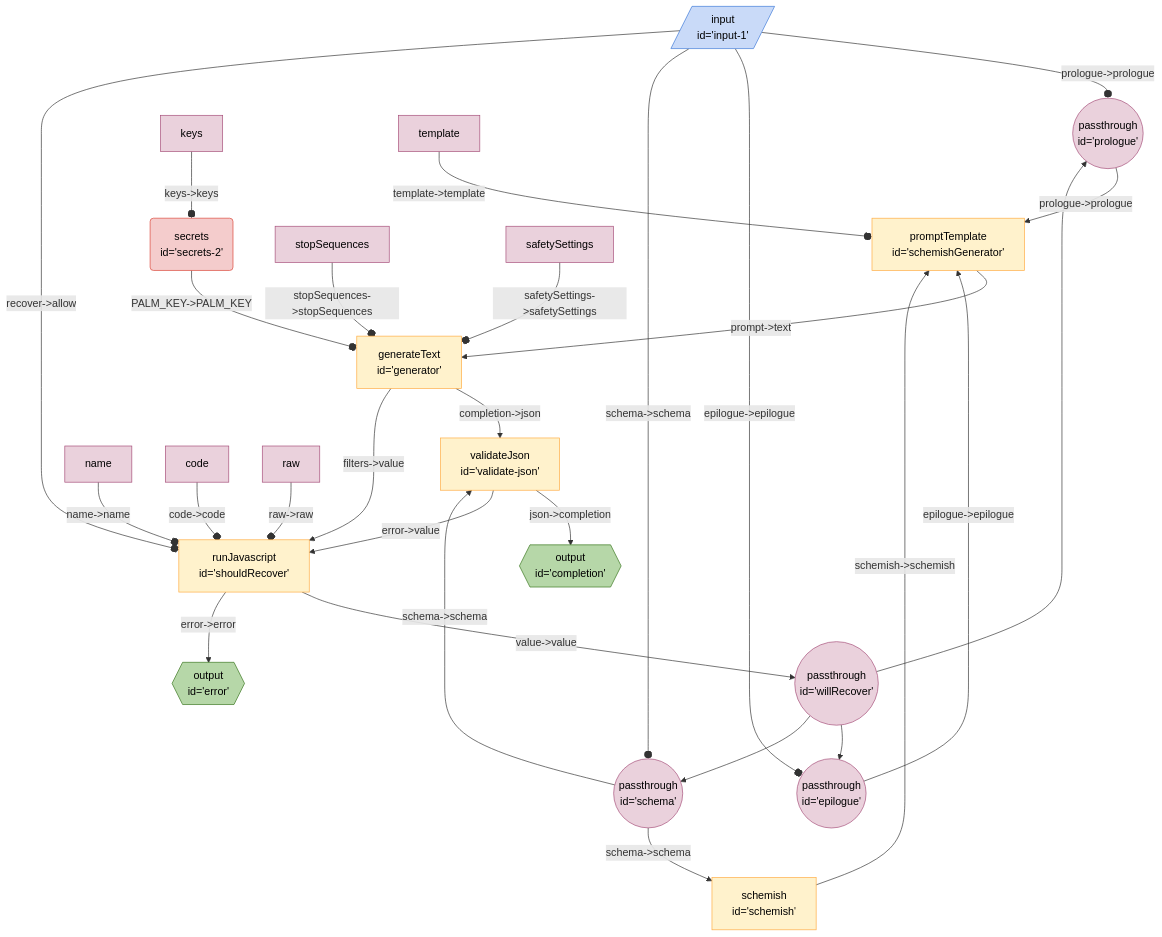
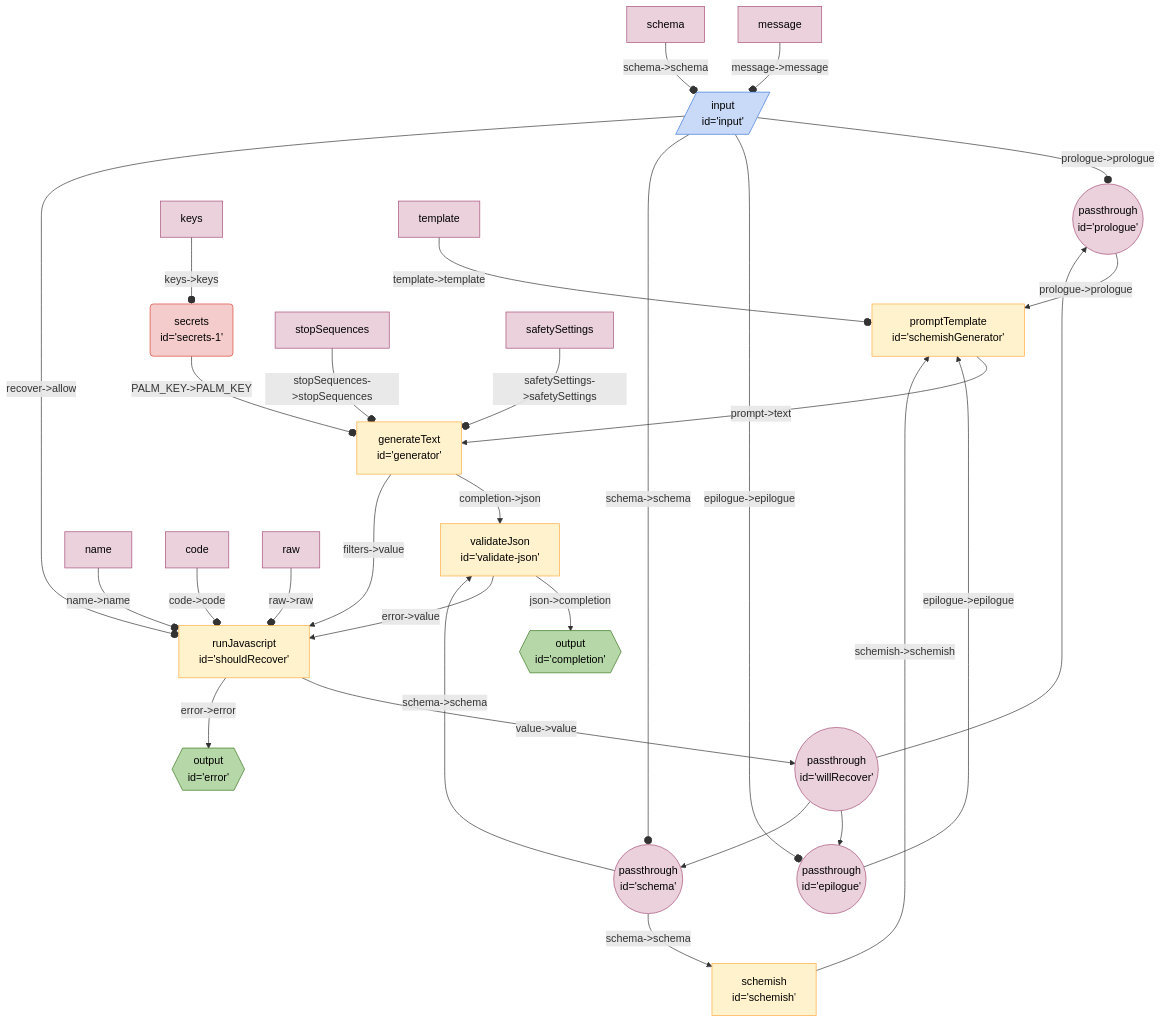
The diagram in seeds/coffee-bot-board/docs/schemish-generator.md (breadboard-ai/breadboard), drawn with Mermaid before and after one commit. The commit also changed 3 other files, not shown here.

````diff
--- a/seeds/coffee-bot-board/docs/schemish-generator.md
+++ b/seeds/coffee-bot-board/docs/schemish-generator.md
@@ -3,39 +3,41 @@
 ```mermaid
 %%{init: 'themeVariables': { 'fontFamily': 'Fira Code, monospace' }}%%
 graph TD;
-input1[/"input <br> id='input-1'"/]:::input -- "prologue->prologue" --o prologue(("passthrough <br> id='prologue'")):::passthrough
-input1[/"input <br> id='input-1'"/]:::input -- "epilogue->epilogue" --o epilogue(("passthrough <br> id='epilogue'")):::passthrough
-input1[/"input <br> id='input-1'"/]:::input -- "schema->schema" --o schema(("passthrough <br> id='schema'")):::passthrough
-input1[/"input <br> id='input-1'"/]:::input -- "recover->allow" --o shouldRecover["runJavascript <br> id='shouldRecover'"]
+input[/"input <br> id='input'"/]:::input -- "prologue->prologue" --o prologue(("passthrough <br> id='prologue'")):::passthrough
+input[/"input <br> id='input'"/]:::input -- "epilogue->epilogue" --o epilogue(("passthrough <br> id='epilogue'")):::passthrough
+input[/"input <br> id='input'"/]:::input -- "schema->schema" --o schema(("passthrough <br> id='schema'")):::passthrough
+input[/"input <br> id='input'"/]:::input -- "recover->allow" --o shouldRecover["runJavascript <br> id='shouldRecover'"]
 shouldRecover["runJavascript <br> id='shouldRecover'"] -- "value->value" --> willRecover(("passthrough <br> id='willRecover'")):::passthrough
 shouldRecover["runJavascript <br> id='shouldRecover'"] -- "error->error" --> error{{"output <br> id='error'"}}:::output
 willRecover(("passthrough <br> id='willRecover'")):::passthrough --> prologue(("passthrough <br> id='prologue'")):::passthrough
 willRecover(("passthrough <br> id='willRecover'")):::passthrough --> epilogue(("passthrough <br> id='epilogue'")):::passthrough
 willRecover(("passthrough <br> id='willRecover'")):::passthrough --> schema(("passthrough <br> id='schema'")):::passthrough
 schema(("passthrough <br> id='schema'")):::passthrough -- "schema->schema" --> schemish["schemish <br> id='schemish'"]
 schema(("passthrough <br> id='schema'")):::passthrough -- "schema->schema" --> validatejson["validateJson <br> id='validate-json'"]
 validatejson["validateJson <br> id='validate-json'"] -- "json->completion" --> completion{{"output <br> id='completion'"}}:::output
 validatejson["validateJson <br> id='validate-json'"] -- "error->value" --> shouldRecover["runJavascript <br> id='shouldRecover'"]
-secrets2("secrets <br> id='secrets-2'"):::secrets -- "PALM_KEY->PALM_KEY" --o generator["generateText <br> id='generator'"]
+secrets1("secrets <br> id='secrets-1'"):::secrets -- "PALM_KEY->PALM_KEY" --o generator["generateText <br> id='generator'"]
 generator["generateText <br> id='generator'"] -- "completion->json" --> validatejson["validateJson <br> id='validate-json'"]
 generator["generateText <br> id='generator'"] -- "filters->value" --> shouldRecover["runJavascript <br> id='shouldRecover'"]
 prologue(("passthrough <br> id='prologue'")):::passthrough -- "prologue->prologue" --> schemishGenerator["promptTemplate <br> id='schemishGenerator'"]
 epilogue(("passthrough <br> id='epilogue'")):::passthrough -- "epilogue->epilogue" --> schemishGenerator["promptTemplate <br> id='schemishGenerator'"]
 schemish["schemish <br> id='schemish'"] -- "schemish->schemish" --> schemishGenerator["promptTemplate <br> id='schemishGenerator'"]
 schemishGenerator["promptTemplate <br> id='schemishGenerator'"] -- "prompt->text" --> generator["generateText <br> id='generator'"]
 nameshouldRecover[name]:::config -- "name->name" --o shouldRecover
 codeshouldRecover[code]:::config -- "code->code" --o shouldRecover
 rawshouldRecover[raw]:::config -- "raw->raw" --o shouldRecover
+messageinput[message]:::config -- "message->message" --o input
+schemainput[schema]:::config -- "schema->schema" --o input
 stopSequencesgenerator[stopSequences]:::config -- "stopSequences->stopSequences" --o generator
 safetySettingsgenerator[safetySettings]:::config -- "safetySettings->safetySettings" --o generator
-keyssecrets2[keys]:::config -- "keys->keys" --o secrets2
+keyssecrets1[keys]:::config -- "keys->keys" --o secrets1
 templateschemishGenerator[template]:::config -- "template->template" --o schemishGenerator
 classDef default stroke:#ffab40,fill:#fff2ccff,color:#000
 classDef input stroke:#3c78d8,fill:#c9daf8ff,color:#000
 classDef output stroke:#38761d,fill:#b6d7a8ff,color:#000
 classDef passthrough stroke:#a64d79,fill:#ead1dcff,color:#000
 classDef slot stroke:#a64d79,fill:#ead1dcff,color:#000
 classDef config stroke:#a64d79,fill:#ead1dcff,color:#000
 classDef secrets stroke:#db4437,fill:#f4cccc,color:#000
 classDef slotted stroke:#a64d79
 ```
````
